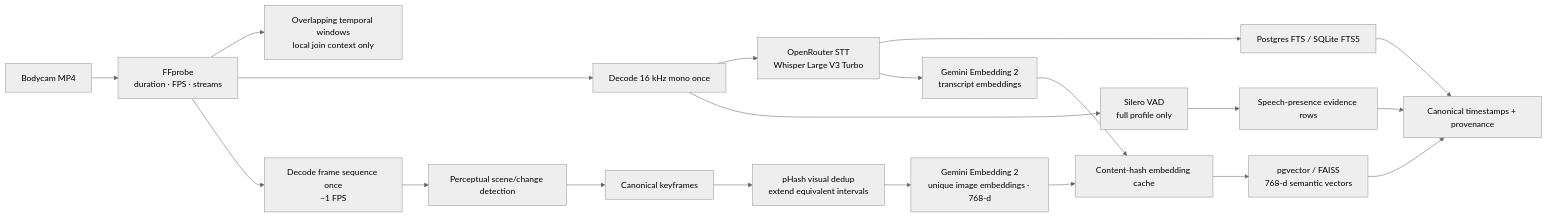
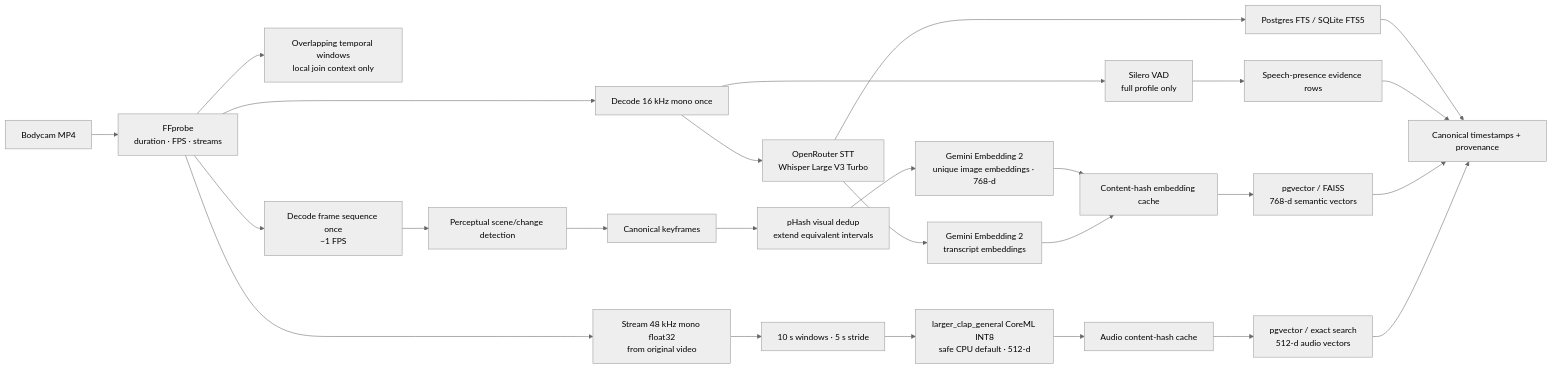
One commit to giaphoang/PatrolLens changed the third of 9 diagrams in SYSTEM_DESIGN.md. Above: the diagram before and after it, drawn with Mermaid (neutral theme). The commit also changed other lines of this file and 19 other files, not shown here.

First line of the commit message:
feat(audio): add larger CLAP embeddings with CoreML and ONNX for M3-accelerated audio indexing

````diff
--- a/SYSTEM_DESIGN.md
+++ b/SYSTEM_DESIGN.md
@@ -91,24 +97,30 @@
 ```mermaid
 flowchart LR
     V["Bodycam MP4"] --> PROBE["FFprobe<br/>duration · FPS · streams"]
     PROBE --> SEG["Overlapping temporal windows<br/>local join context only"]
     PROBE --> AUDIO["Decode 16 kHz mono once"]
+    PROBE --> CLAP_PCM["Stream 48 kHz mono float32\nfrom original video"]
     PROBE --> FRAMES["Decode frame sequence once<br/>~1 FPS"]
 
     FRAMES --> CHANGE["Perceptual scene/change detection"]
     CHANGE --> KEYFRAMES["Canonical keyframes"]
     KEYFRAMES --> DEDUP["pHash visual dedup<br/>extend equivalent intervals"]
     AUDIO --> ASR["OpenRouter STT<br/>Whisper Large V3 Turbo"]
     AUDIO --> VAD["Silero VAD<br/>full profile only"]
+    CLAP_PCM --> CLAP_WIN["10 s windows · 5 s stride"]
+    CLAP_WIN --> CLAP_EMB["larger_clap_general CoreML INT8<br/>safe CPU default · 512-d"]
     DEDUP --> IMAGE_EMB["Gemini Embedding 2<br/>unique image embeddings · 768-d"]
 
     ASR --> FTS["Postgres FTS / SQLite FTS5"]
     ASR --> TEXT_EMB["Gemini Embedding 2<br/>transcript embeddings"]
     VAD --> SQL["Speech-presence evidence rows"]
     IMAGE_EMB --> CACHE["Content-hash embedding cache"]
     TEXT_EMB --> CACHE
     CACHE --> VEC["pgvector / FAISS<br/>768-d semantic vectors"]
+    CLAP_EMB --> ACACHE["Audio content-hash cache"]
+    ACACHE --> AVEC["pgvector / exact search<br/>512-d audio vectors"]
     FTS --> META["Canonical timestamps + provenance"]
     SQL --> META
     VEC --> META
+    AVEC --> META
 ```
````
